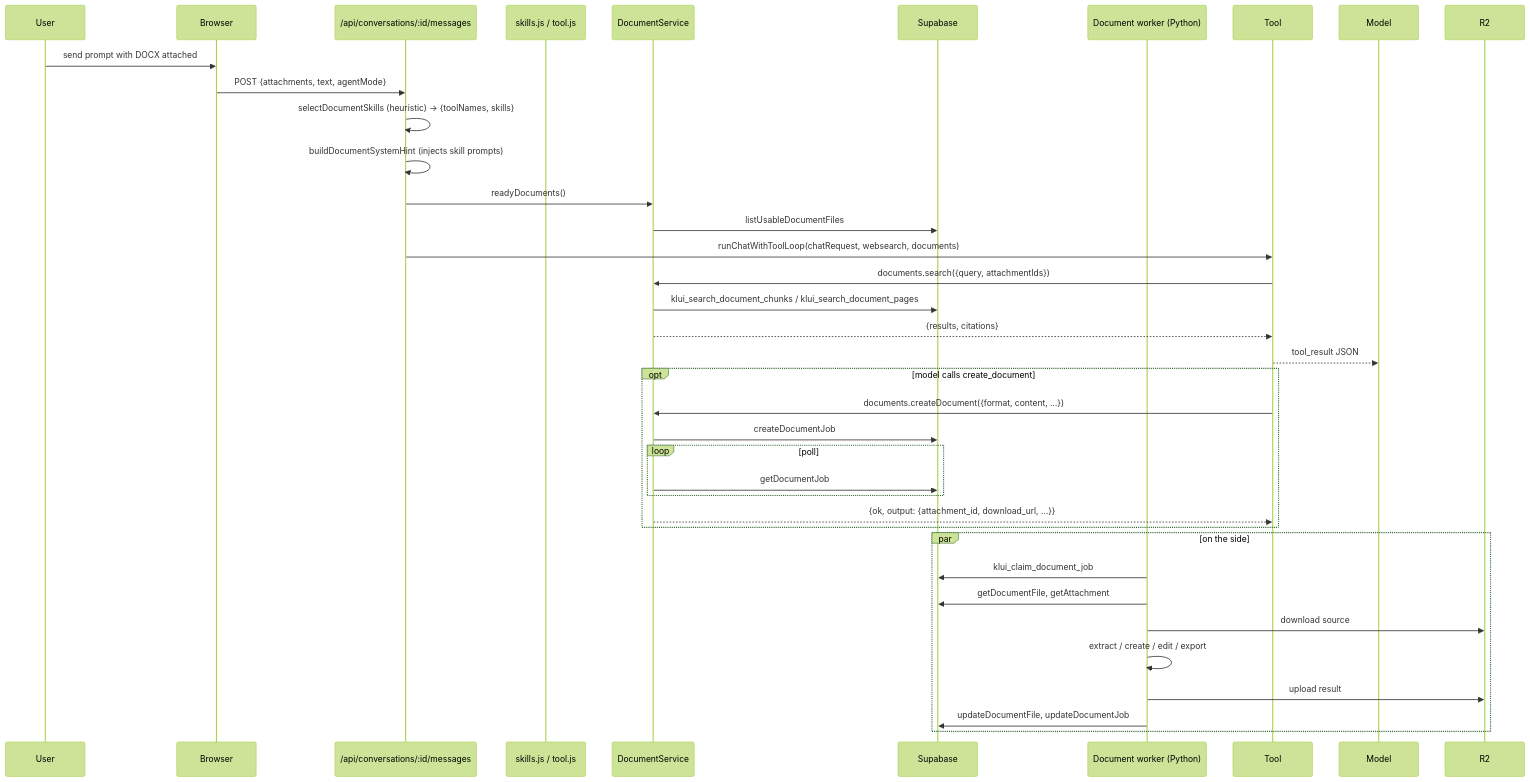
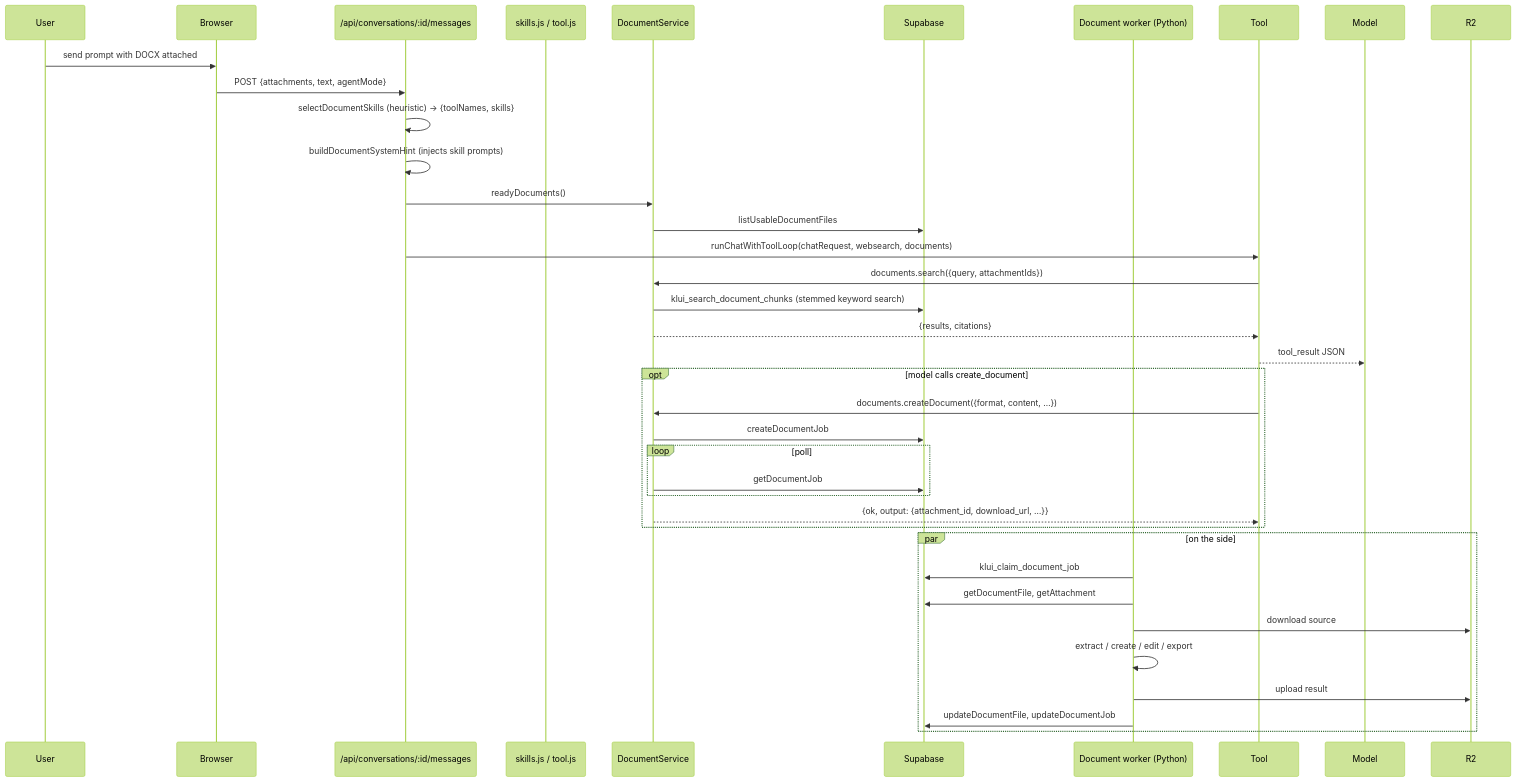
The fourth of 6 diagrams in ARCHITECTURE.md (Arya-Sankhe/Chat), drawn with Mermaid (forest theme) before and after one commit. The commit also changed other lines of this file and 49 other files, not shown here.

````diff
--- a/ARCHITECTURE.md
+++ b/ARCHITECTURE.md
@@ -533,38 +537,38 @@
 ```mermaid
 sequenceDiagram
     participant U as User
     participant B as Browser
     participant API as /api/conversations/:id/messages
     participant SK as skills.js / tool.js
     participant DS as DocumentService
     participant SB as Supabase
     participant W as Document worker (Python)
 
     U->>B: send prompt with DOCX attached
     B->>API: POST {attachments, text, agentMode}
     API->>API: selectDocumentSkills (heuristic) → {toolNames, skills}
     API->>API: buildDocumentSystemHint (injects skill prompts)
     API->>DS: readyDocuments()
     DS->>SB: listUsableDocumentFiles
     API->>Tool: runChatWithToolLoop(chatRequest, websearch, documents)
     Tool->>DS: documents.search({query, attachmentIds})
-    DS->>SB: klui_search_document_chunks / klui_search_document_pages
+    DS->>SB: klui_search_document_chunks (stemmed keyword search)
     DS-->>Tool: {results, citations}
     Tool-->>Model: tool_result JSON
     opt model calls create_document
         Tool->>DS: documents.createDocument({format, content, …})
         DS->>SB: createDocumentJob
         loop poll
             DS->>SB: getDocumentJob
         end
         DS-->>Tool: {ok, output: {attachment_id, download_url, …}}
     end
     par on the side
         W->>SB: klui_claim_document_job
         W->>SB: getDocumentFile, getAttachment
         W->>R2: download source
         W->>W: extract / create / edit / export
         W->>R2: upload result
         W->>SB: updateDocumentFile, updateDocumentJob
     end
 ```
````
